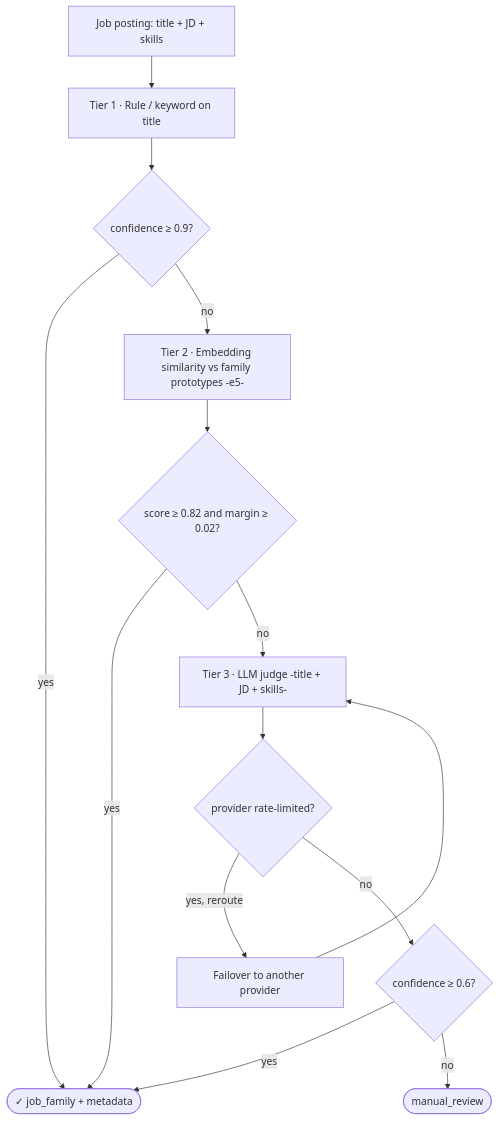
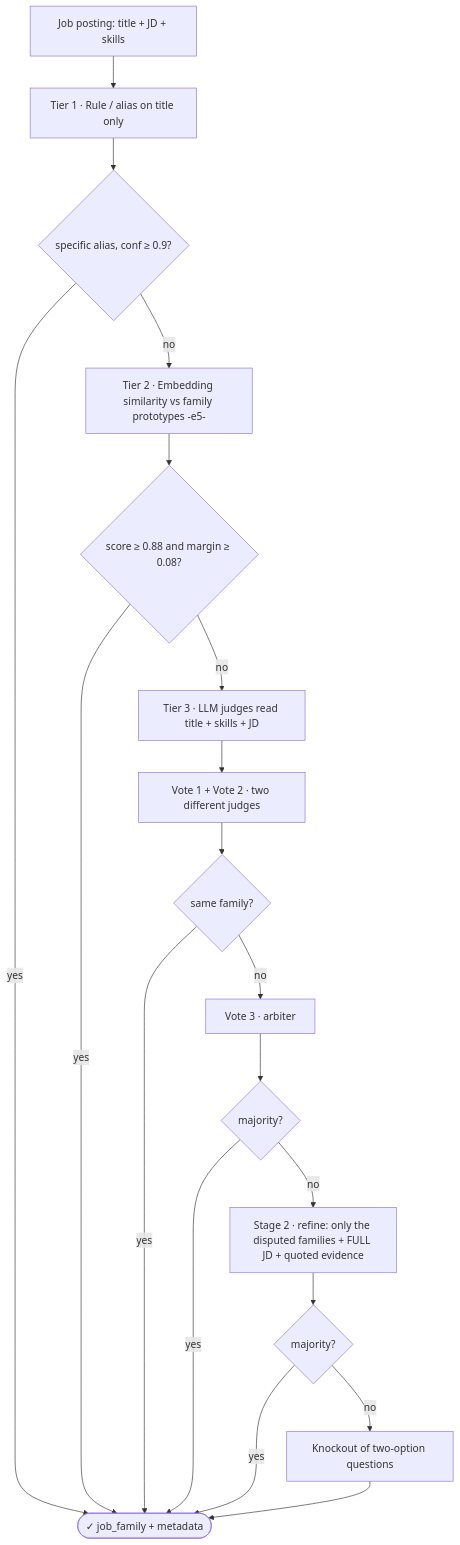
The first of 2 diagrams in README.md (BhunZ/Vietnam-Data-Job-Market-Analysis), drawn with Mermaid before and after one commit. The commit also changed other lines of this file and 91 other files, not shown here.

````diff
--- a/README.md
+++ b/README.md
@@ -45,16 +45,21 @@
 ```mermaid
 flowchart TD
-    T[Job posting: title + JD + skills] --> R[Tier 1 · Rule / keyword on title]
-    R --> RC{confidence ≥ 0.9?}
+    T[Job posting: title + JD + skills] --> R[Tier 1 · Rule / alias on title only]
+    R --> RC{specific alias, conf ≥ 0.9?}
     RC -- yes --> DONE([✓ job_family + metadata])
     RC -- no --> E[Tier 2 · Embedding similarity vs family prototypes -e5-]
-    E --> EC{score ≥ 0.82 and margin ≥ 0.02?}
+    E --> EC{score ≥ 0.88 and margin ≥ 0.08?}
     EC -- yes --> DONE
-    EC -- no --> L[Tier 3 · LLM judge -title + JD + skills-]
-    L --> LF{provider rate-limited?}
-    LF -- yes, reroute --> L2[Failover to another provider]
-    L2 --> L
-    LF -- no --> LC{confidence ≥ 0.6?}
-    LC -- yes --> DONE
-    LC -- no --> MR([manual_review])
+    EC -- no --> L[Tier 3 · LLM judges read title + skills + JD]
+    L --> V1[Vote 1 + Vote 2 · two different judges]
+    V1 --> AG{same family?}
+    AG -- yes --> DONE
+    AG -- no --> V3[Vote 3 · arbiter]
+    V3 --> MAJ{majority?}
+    MAJ -- yes --> DONE
+    MAJ -- no --> RF[Stage 2 · refine: only the disputed families + FULL JD + quoted evidence]
+    RF --> RM{majority?}
+    RM -- yes --> DONE
+    RM -- no --> KO[Knockout of two-option questions]
+    KO --> DONE
 ```
````
